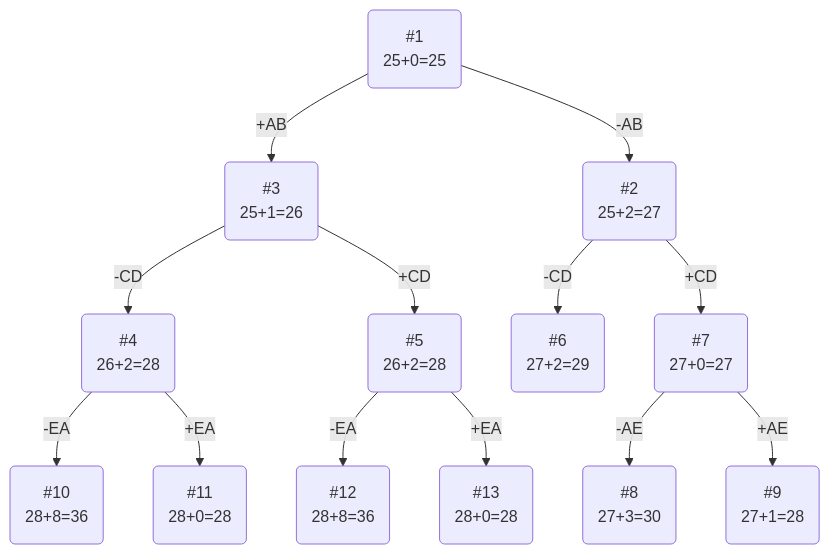
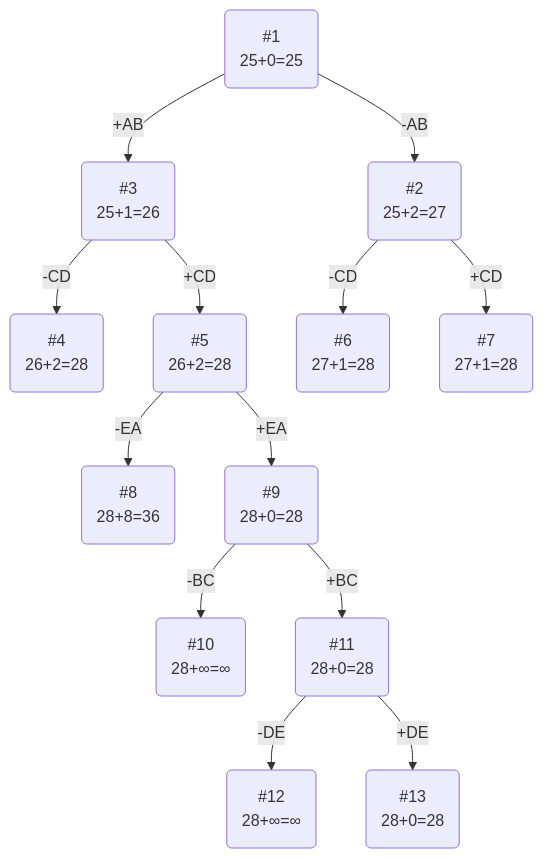
One commit to HSE-algo-23-crow/manual_tasks changed the diagram in task_20/gigacode_task_20.md. Above: the diagram before and after it, drawn with Mermaid. The commit also changed other lines of this file, not shown here.

````diff
--- a/task_20/gigacode_task_20.md
+++ b/task_20/gigacode_task_20.md
@@ -84,15 +84,16 @@
 ```mermaid
 graph TB
+    
     1(#1\n25+0=25)-->|+AB|3(#3\n 25+1=26)
     1-->|-AB|2(#2\n25+2=27)
+    3-->|+CD|5(#5\n26+2=28)
     3-->|-CD|4(#4\n26+2=28)
-    3-->|+CD|5(#5\n26+2=28)
-    2-->|-CD|6(#6\n27+2=29)
-    2-->|+CD|7(#7\n27+0=27)
-    7-->|-AE|8(#8\n27+3=30)
-    7-->|+AE|9(#9\n27+1=28)
-    4-->|-EA|10(#10\n28+8=36)
-    4-->|+EA|11(#11\n28+0=28)
-    5-->|-EA|12(#12\n28+8=36)
-    5-->|+EA|13(#13\n28+0=28)
+    2-->|-CD|6(#6\n27+1=28)
+    2-->|+CD|7(#7\n27+1=28)
+    5-->|-EA|8(#8\n28+8=36)
+    5-->|+EA|9(#9\n28+0=28)
+    9-->|-BC|10(#10\n28+∞=∞)
+    9-->|+BC|11(#11\n28+0=28)
+    11-->|-DE|12(#12\n28+∞=∞)
+    11-->|+DE|13(#13\n28+0=28)
 ```
````
